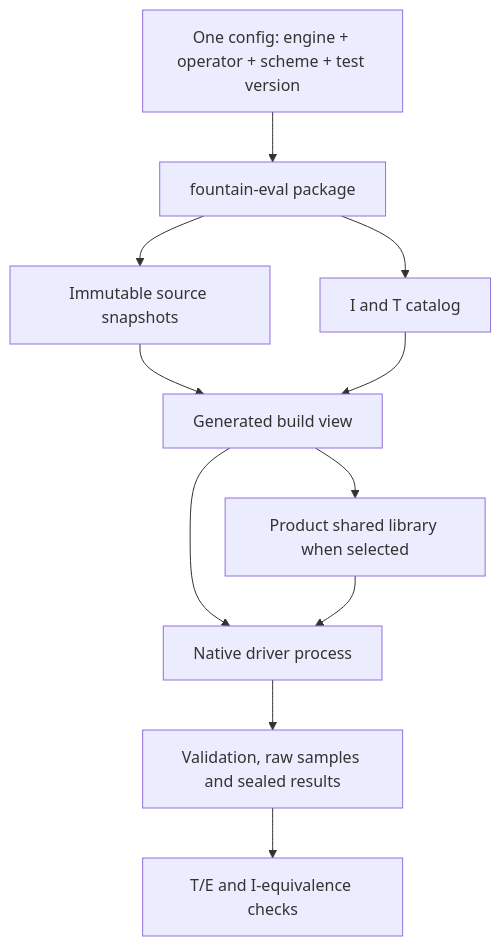
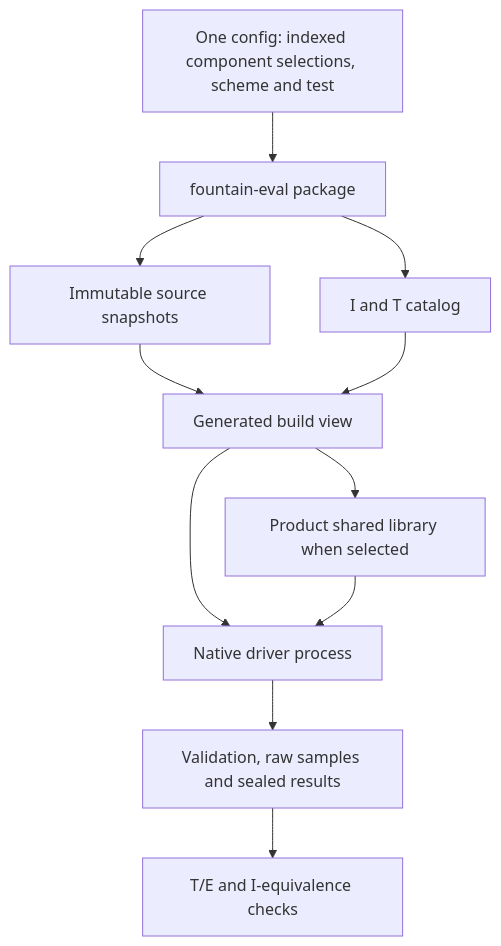
The diagram in docs/DESIGN.md (Gideon-0709/fountain_eval), drawn with Mermaid before and after one commit. The commit also changed other lines of this file and 34 other files, not shown here.

Commit message:
Run indexed component selections with automatic batch reports

````diff
--- a/docs/DESIGN.md
+++ b/docs/DESIGN.md
@@ -40,13 +40,13 @@
 ```mermaid
 flowchart TD
-  User[One config: engine + operator + scheme + test version] --> Eval[fountain-eval package]
+  User[One config: indexed component selections, scheme and test] --> Eval[fountain-eval package]
   Eval --> Frozen[Immutable source snapshots]
   Eval --> Registry[I and T catalog]
   Frozen --> View[Generated build view]
   Registry --> View
   View --> Driver[Native driver process]
   View --> Product[Product shared library when selected]
   Product --> Driver
   Driver --> Evidence[Validation, raw samples and sealed results]
   Evidence --> Compare[T/E and I-equivalence checks]
 ```
````
